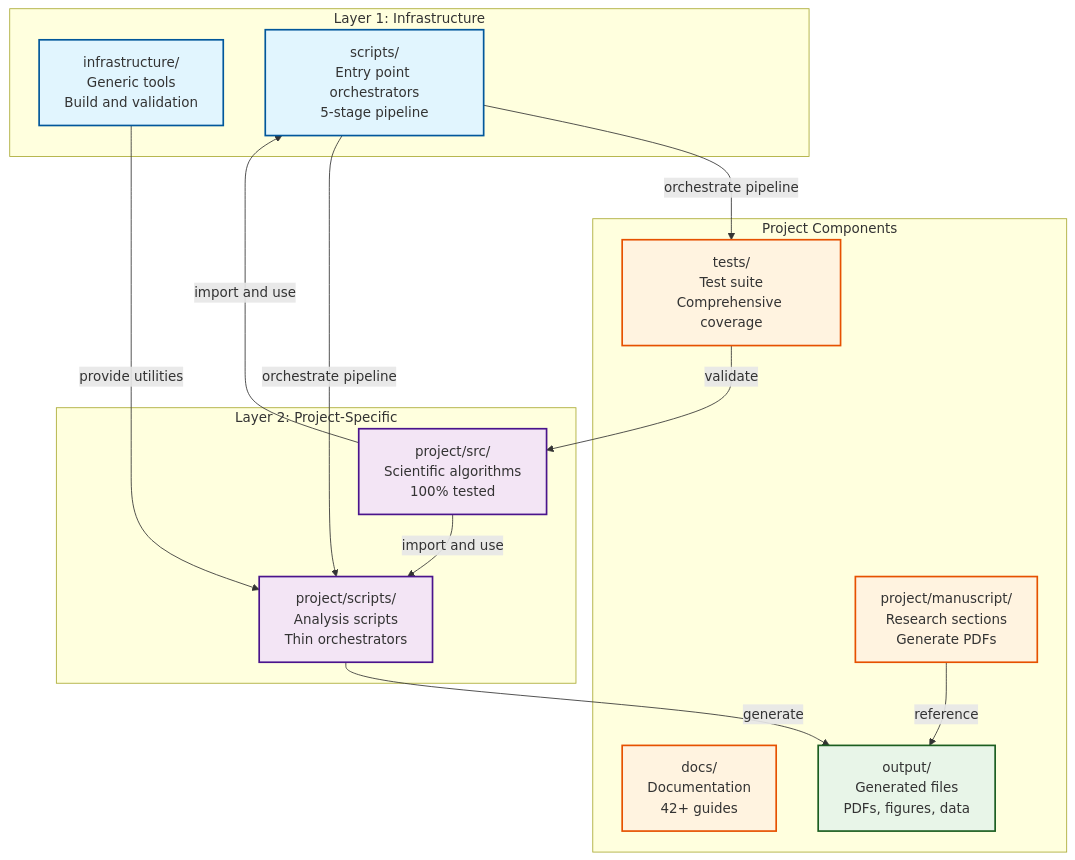
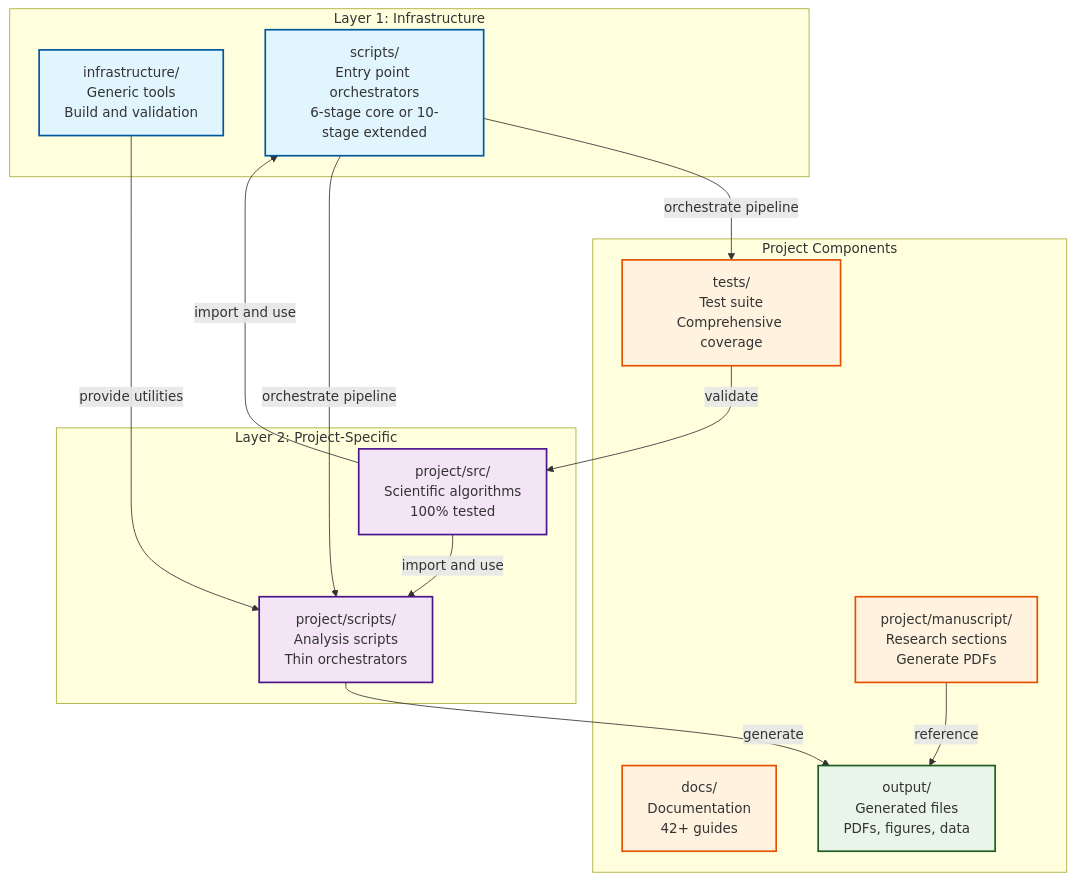
The fourth of 6 diagrams in README.md (docxology/template), drawn with Mermaid before and after one commit. The commit also changed other lines of this file and 190 other files, not shown here.

````diff
--- a/README.md
+++ b/README.md
@@ -310,38 +313,38 @@
 ```mermaid
 graph TB
     subgraph L1["Layer 1: Infrastructure"]
         INFRA[infrastructure/<br/>Generic tools<br/>Build and validation]
-        INFRA_SCRIPTS[scripts/<br/>Entry point orchestrators<br/>5-stage pipeline]
+        INFRA_SCRIPTS[scripts/<br/>Entry point orchestrators<br/>6-stage core or 10-stage extended]
     end
     
     subgraph L2["Layer 2: Project-Specific"]
         SRC[project/src/<br/>Scientific algorithms<br/>100% tested]
         SCRIPTS[project/scripts/<br/>Analysis scripts<br/>Thin orchestrators]
     end
     
     subgraph PC["Project Components"]
         TESTS[tests/<br/>Test suite<br/>Comprehensive coverage]
         DOCS[docs/<br/>Documentation<br/>42+ guides]
         MANUSCRIPT[project/manuscript/<br/>Research sections<br/>Generate PDFs]
         OUTPUT[output/<br/>Generated files<br/>PDFs, figures, data]
     end
     
     SRC -->|import and use| SCRIPTS
     SRC -->|import and use| INFRA_SCRIPTS
     INFRA -->|provide utilities| SCRIPTS
     SCRIPTS -->|generate| OUTPUT
     INFRA_SCRIPTS -->|orchestrate pipeline| TESTS
     INFRA_SCRIPTS -->|orchestrate pipeline| SCRIPTS
     MANUSCRIPT -->|reference| OUTPUT
     TESTS -->|validate| SRC
     
     classDef layer1 fill:#e1f5fe,stroke:#01579b,stroke-width:2px
     classDef layer2 fill:#f3e5f5,stroke:#4a148c,stroke-width:2px
     classDef core fill:#fff3e0,stroke:#e65100,stroke-width:2px
     classDef output fill:#e8f5e8,stroke:#1b5e20,stroke-width:2px
     
     class INFRA,INFRA_SCRIPTS layer1
     class SRC,SCRIPTS layer2
     class TESTS,DOCS,MANUSCRIPT core
     class OUTPUT output
 ```
````
